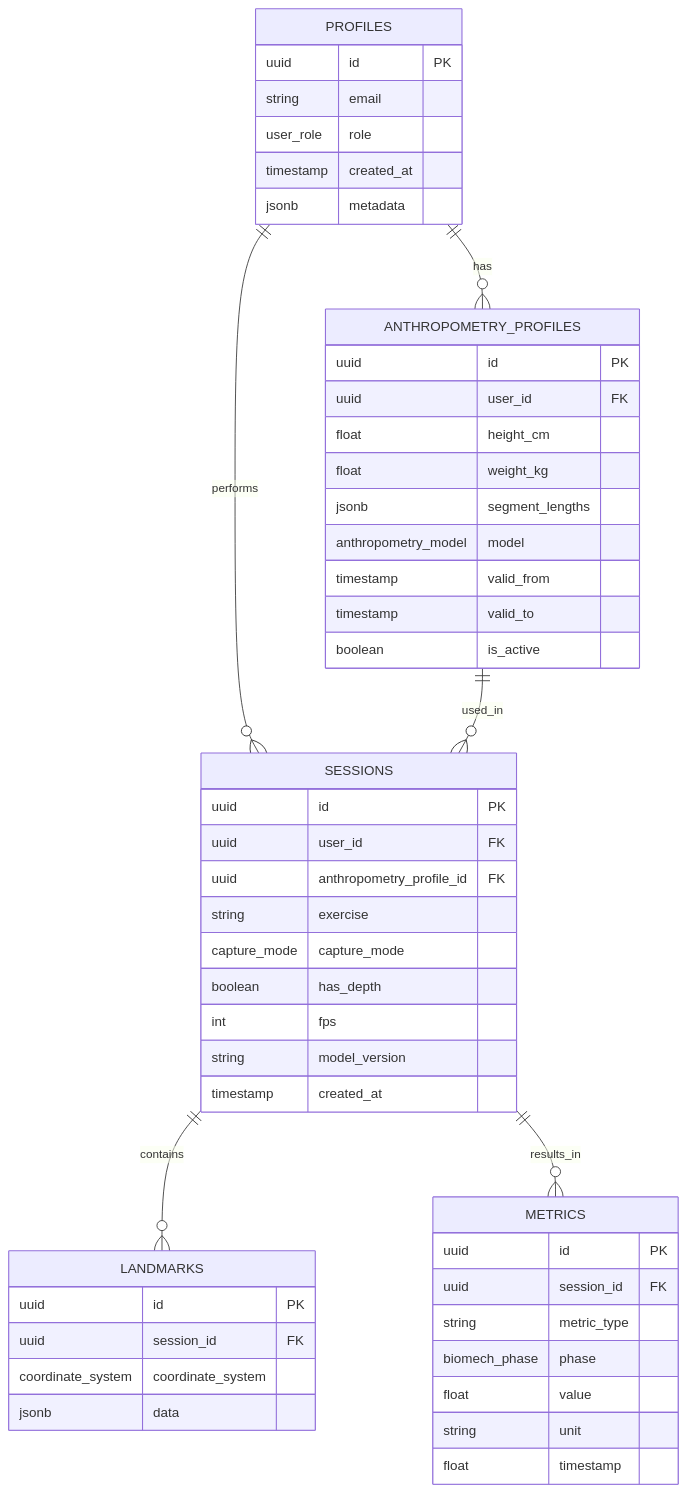
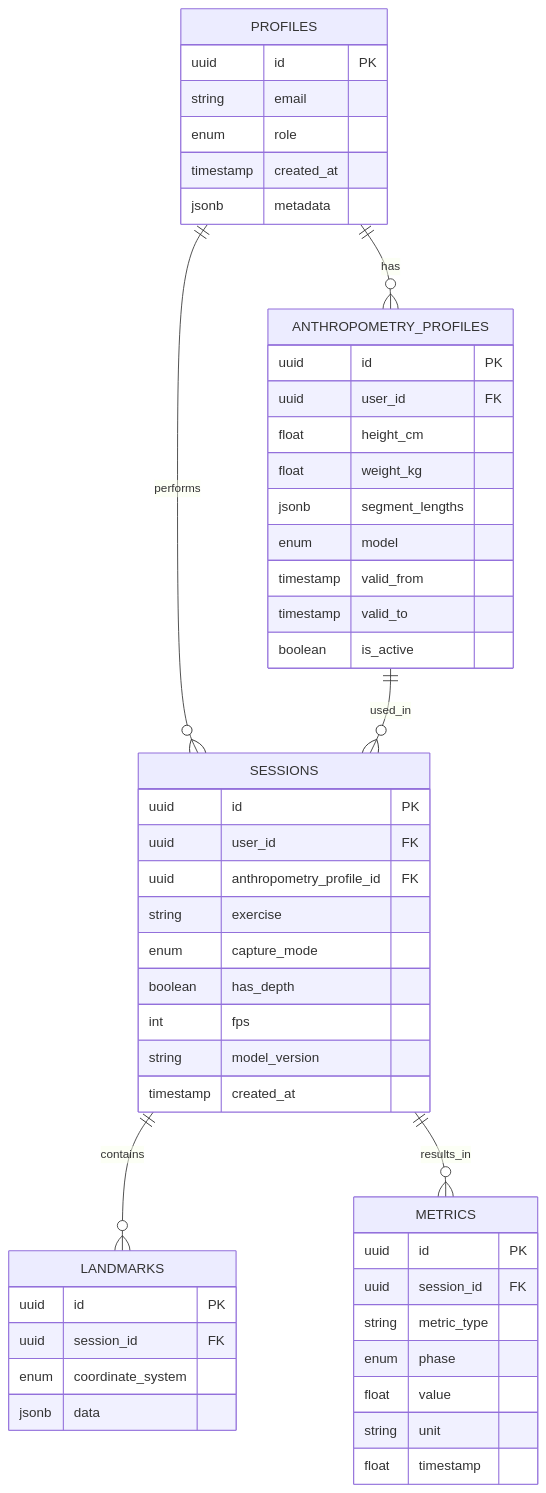
The diagram in docs/diagrams/database_er.md (jc-bioeng/LiftSense), drawn with Mermaid before and after one commit.

Commit message:
docs: use generic enum labels in database ER diagram per user preference

````diff
--- a/docs/diagrams/database_er.md
+++ b/docs/diagrams/database_er.md
@@ -5,59 +5,60 @@
 ```mermaid
 erDiagram
+
     PROFILES ||--o{ SESSIONS : performs
     PROFILES ||--o{ ANTHROPOMETRY_PROFILES : has
 
     PROFILES {
         uuid id PK
         string email
-        user_role role
+        enum role
         timestamp created_at
         jsonb metadata
     }
 
     ANTHROPOMETRY_PROFILES ||--o{ SESSIONS : used_in
 
     ANTHROPOMETRY_PROFILES {
         uuid id PK
         uuid user_id FK
         float height_cm
         float weight_kg
         jsonb segment_lengths
-        anthropometry_model model
+        enum model
         timestamp valid_from
         timestamp valid_to
         boolean is_active
     }
 
     SESSIONS ||--o{ LANDMARKS : contains
     SESSIONS ||--o{ METRICS : results_in
 
     SESSIONS {
         uuid id PK
         uuid user_id FK
         uuid anthropometry_profile_id FK
         string exercise
-        capture_mode capture_mode
+        enum capture_mode
         boolean has_depth
         int fps
         string model_version
         timestamp created_at
     }
 
     LANDMARKS {
         uuid id PK
         uuid session_id FK
-        coordinate_system coordinate_system
+        enum coordinate_system
         jsonb data
     }
 
     METRICS {
         uuid id PK
         uuid session_id FK
         string metric_type
-        biomech_phase phase
+        enum phase
         float value
         string unit
         float timestamp
     }
 ```
````
